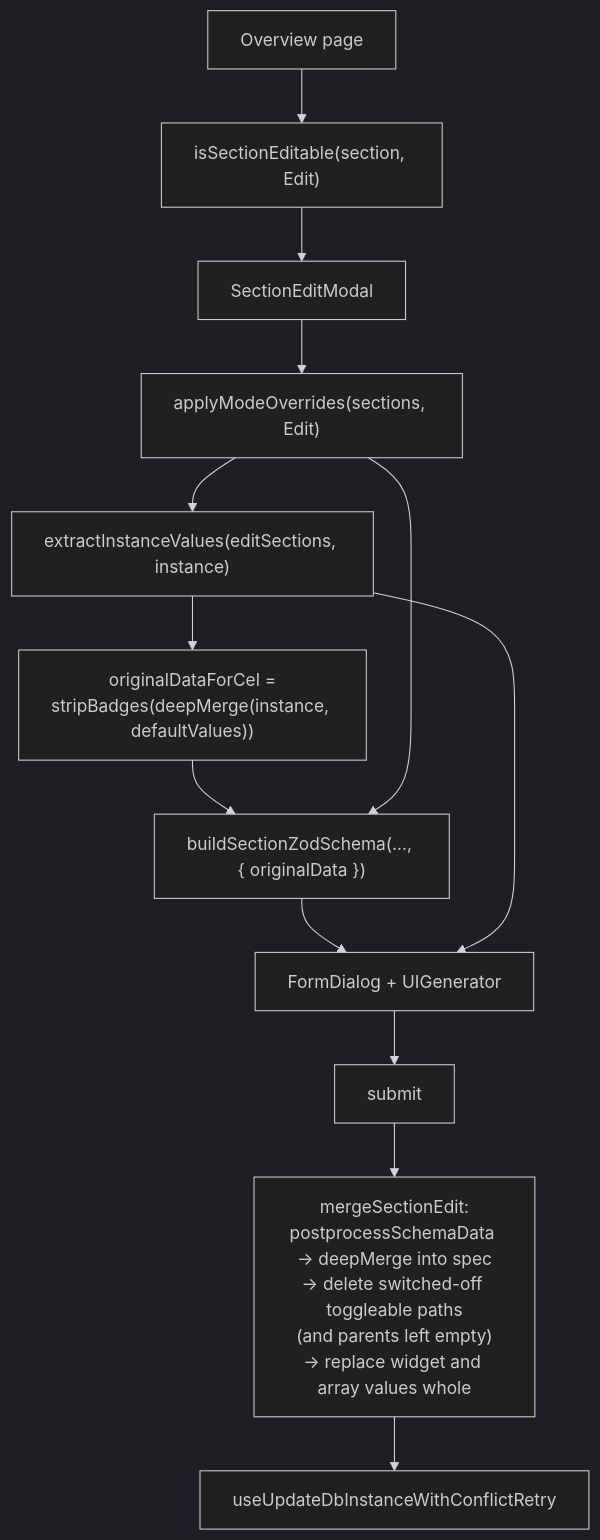
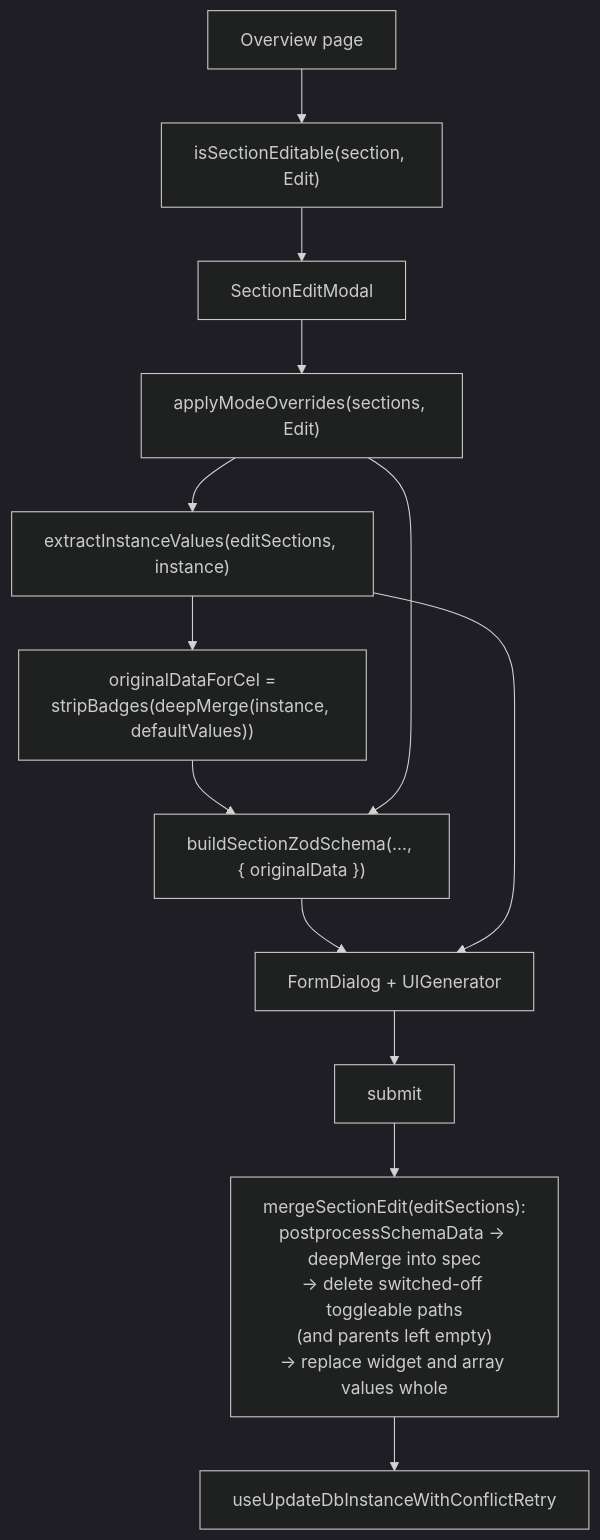
The third of 3 diagrams in docs/ui/architecture/ui-generator/pipeline.md (openeverest/openeverest), drawn with Mermaid (dark theme) before and after one commit. The commit also changed other lines of this file and 5 other files, not shown here.

First line of the commit message:
fix(ui-generator): don't rewrite array values a form doesn't edit

````diff
--- a/docs/ui/architecture/ui-generator/pipeline.md
+++ b/docs/ui/architecture/ui-generator/pipeline.md
@@ -228,15 +229,15 @@
 ```mermaid
 flowchart TD
   OVERVIEW["Overview page"] --> EDITABLE["isSectionEditable(section, Edit)"]
   EDITABLE --> MODAL["SectionEditModal"]
   MODAL --> MODE["applyModeOverrides(sections, Edit)"]
   MODE --> VALUES["extractInstanceValues(editSections, instance)"]
   VALUES --> ORIGINAL["originalDataForCel =<br/>stripBadges(deepMerge(instance, defaultValues))"]
   ORIGINAL --> ZOD_EDIT["buildSectionZodSchema(…, { originalData })"]
   MODE --> ZOD_EDIT
   ZOD_EDIT --> FORM["FormDialog + UIGenerator"]
   VALUES --> FORM
   FORM --> SUBMIT["submit"]
-  SUBMIT --> MERGE["mergeSectionEdit:<br/>postprocessSchemaData → deepMerge into spec<br/>→ delete switched-off toggleable paths<br/>(and parents left empty)<br/>→ replace widget and array values whole"]
+  SUBMIT --> MERGE["mergeSectionEdit(editSections):<br/>postprocessSchemaData → deepMerge into spec<br/>→ delete switched-off toggleable paths<br/>(and parents left empty)<br/>→ replace widget and array values whole"]
   MERGE --> UPDATE["useUpdateDbInstanceWithConflictRetry"]
 ```
````
